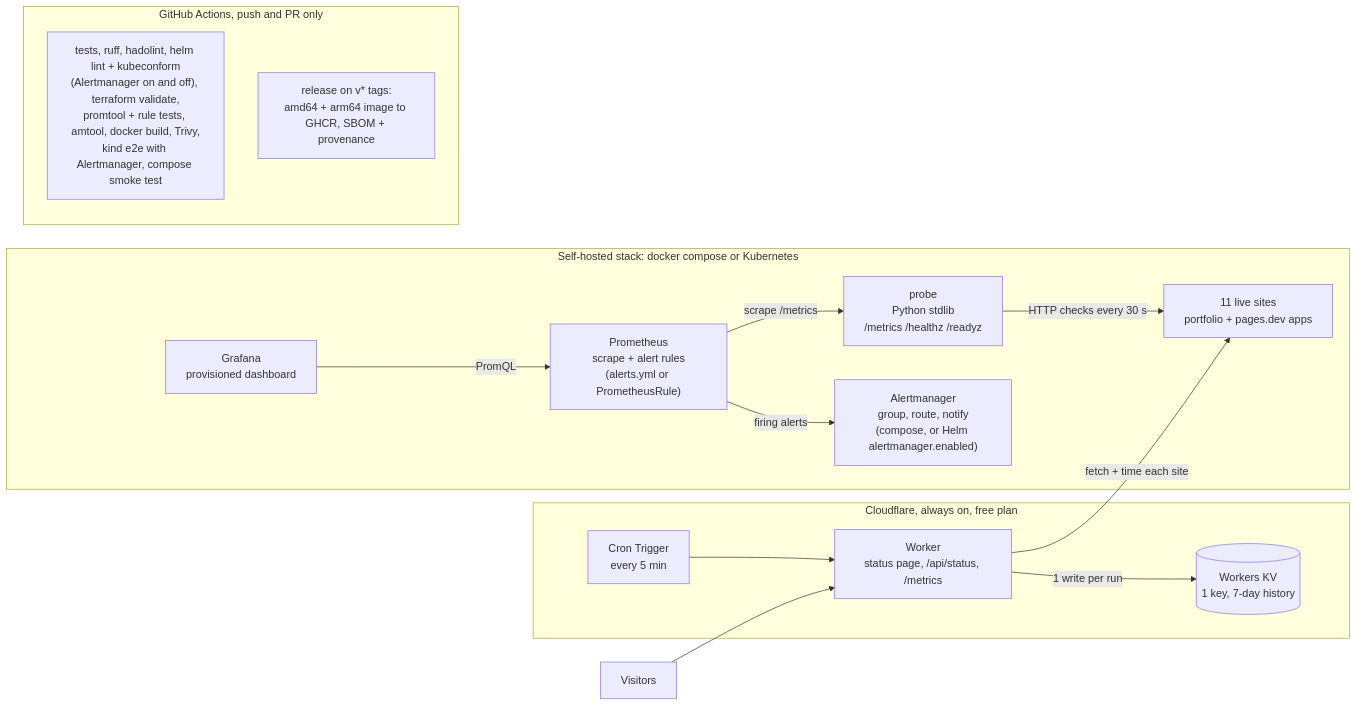
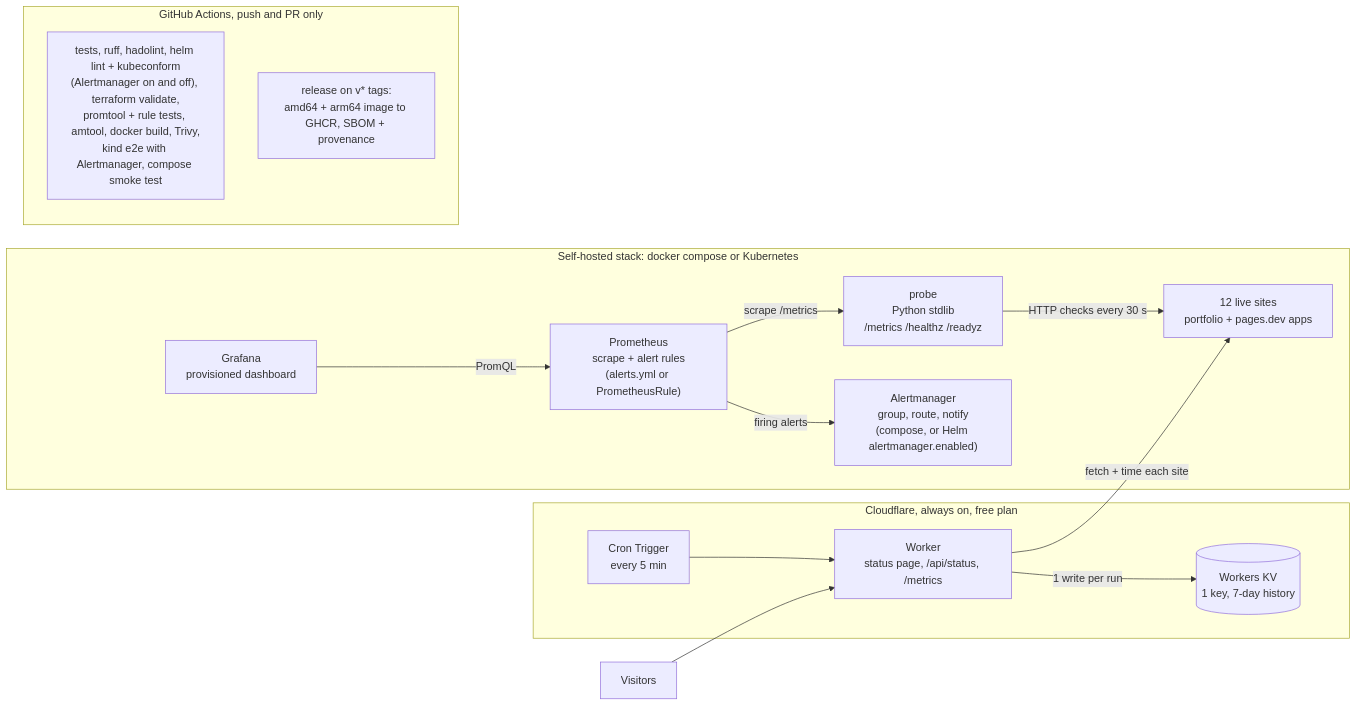
The first of 2 diagrams in README.md (naniiic137/fleetwatch), drawn with Mermaid before and after one commit. The commit also changed other lines of this file and 6 other files, not shown here.

First line of the commit message:
Watch nani.is-a.dev too: 12 sites

````diff
--- a/README.md
+++ b/README.md
@@ -18,31 +18,31 @@
 ```mermaid
 flowchart LR
-    sites["11 live sites<br/>portfolio + pages.dev apps"]
+    sites["12 live sites<br/>portfolio + pages.dev apps"]
 
     subgraph local["Self-hosted stack: docker compose or Kubernetes"]
         probe["probe<br/>Python stdlib<br/>/metrics /healthz /readyz"]
         prom["Prometheus<br/>scrape + alert rules<br/>(alerts.yml or PrometheusRule)"]
         am["Alertmanager<br/>group, route, notify<br/>(compose, or Helm alertmanager.enabled)"]
         graf["Grafana<br/>provisioned dashboard"]
         probe -- "HTTP checks every 30 s" --> sites
         prom -- "scrape /metrics" --> probe
         prom -- "firing alerts" --> am
         graf -- "PromQL" --> prom
     end
 
     subgraph cf["Cloudflare, always on, free plan"]
         cron["Cron Trigger<br/>every 5 min"]
         worker["Worker<br/>status page, /api/status, /metrics"]
         kv[("Workers KV<br/>1 key, 7-day history")]
         cron --> worker
         worker -- "fetch + time each site" --> sites
         worker -- "1 write per run" --> kv
     end
 
     visitors["Visitors"] --> worker
 
     subgraph gha["GitHub Actions, push and PR only"]
         ci["tests, ruff, hadolint, helm lint + kubeconform<br/>(Alertmanager on and off), terraform validate,<br/>promtool + rule tests, amtool, docker build, Trivy,<br/>kind e2e with Alertmanager, compose smoke test"]
         rel["release on v* tags:<br/>amd64 + arm64 image to GHCR, SBOM + provenance"]
     end
 ```
````
